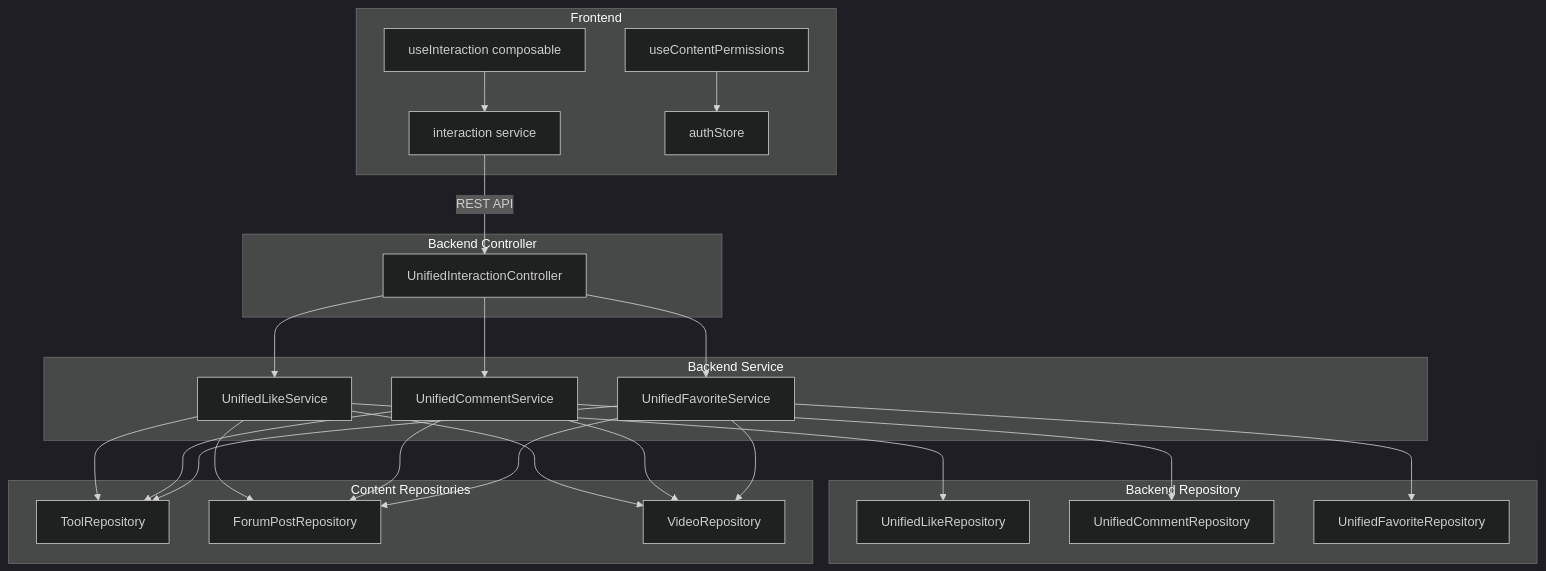
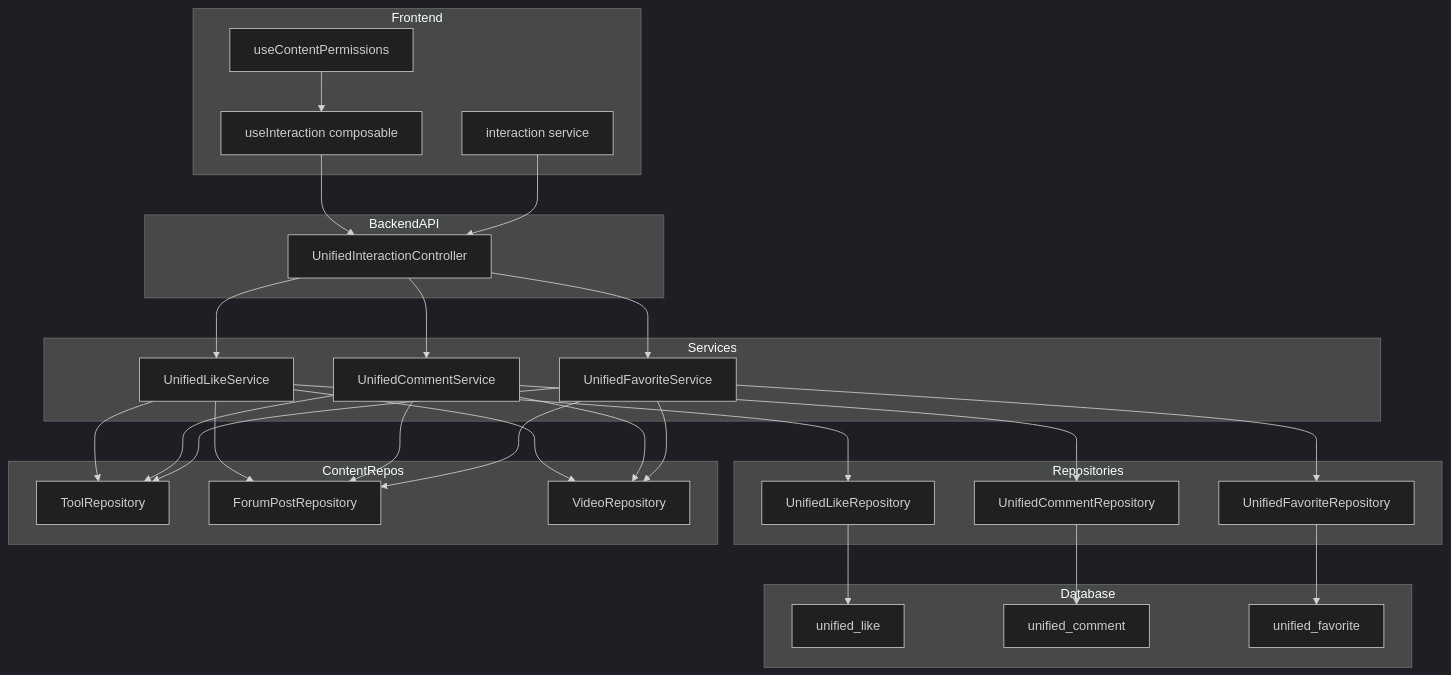
The first of 5 diagrams in docs/统一互动.md (mambo-wang/CodingHub), drawn with Mermaid (dark theme) before and after one commit. The commit also changed other lines of this file and 19 other files, not shown here.

````diff
--- a/docs/统一互动.md
+++ b/docs/统一互动.md
@@ -7,46 +21,58 @@
 ```mermaid
 graph TD
     subgraph Frontend
-        A[useInteraction composable] --> B[interaction service]
-        C[useContentPermissions] --> D[authStore]
+        A[useInteraction composable]
+        B[interaction service]
+        C[useContentPermissions]
     end
 
-    subgraph Backend Controller
-        E[UnifiedInteractionController]
+    subgraph BackendAPI
+        D[UnifiedInteractionController]
     end
 
-    subgraph Backend Service
-        F[UnifiedLikeService]
-        G[UnifiedCommentService]
-        H[UnifiedFavoriteService]
+    subgraph Services
+        E[UnifiedLikeService]
+        F[UnifiedCommentService]
+        G[UnifiedFavoriteService]
     end
 
-    subgraph Backend Repository
-        I[UnifiedLikeRepository]
-        J[UnifiedCommentRepository]
-        K[UnifiedFavoriteRepository]
+    subgraph Repositories
+        H[UnifiedLikeRepository]
+        I[UnifiedCommentRepository]
+        J[UnifiedFavoriteRepository]
     end
 
-    subgraph Content Repositories
-        L[ToolRepository]
-        M[ForumPostRepository]
-        N[VideoRepository]
+    subgraph ContentRepos
+        K[ToolRepository]
+        L[ForumPostRepository]
+        M[VideoRepository]
     end
 
-    B -->|REST API| E
-    E --> F
-    E --> G
+    subgraph Database
+        N[unified_like]
+        O[unified_comment]
+        P[unified_favorite]
+    end
+
+    A --> D
+    B --> D
+    C --> A
+    D --> E
+    D --> F
+    D --> G
     E --> H
     F --> I
     G --> J
-    H --> K
+    E --> K
+    E --> L
+    E --> M
+    F --> K
     F --> L
     F --> M
-    F --> N
+    G --> K
     G --> L
     G --> M
-    G --> N
-    H --> L
-    H --> M
     H --> N
+    I --> O
+    J --> P
 ```
````
